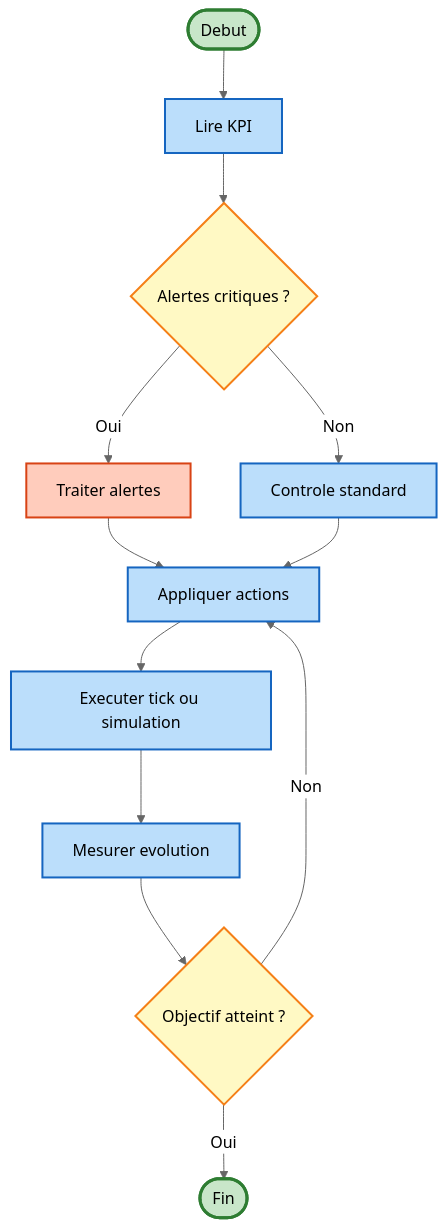
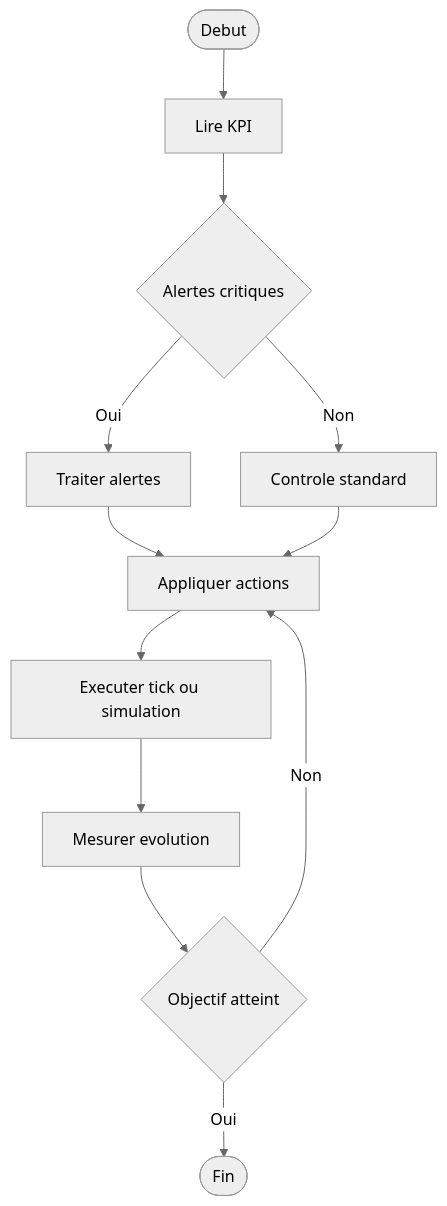
The tenth of 12 diagrams in docs/index.md (fasai444/GreenDesk), drawn with Mermaid (neutral theme) before and after one commit. The commit also changed other lines of this file and 1 other file, not shown here.

Commit message:
docs: update features content and stabilize mermaid rendering

````diff
--- a/docs/index.md
+++ b/docs/index.md
@@ -474,24 +672,14 @@
 ```mermaid
 flowchart TD
-    start([Debut]) --> kpi[Lire KPI]
-    kpi --> alert{Alertes critiques ?}
-    alert -->|Oui| treat[Traiter alertes]
-    alert -->|Non| normal[Controle standard]
-    treat --> action[Appliquer actions]
-    normal --> action
-    action --> tick[Executer tick ou simulation]
-    tick --> measure[Mesurer evolution]
-    measure --> goal{Objectif atteint ?}
-    goal -->|Non| action
-    goal -->|Oui| finish([Fin])
-    
-    classDef startEndStyle fill:#c8e6c9,stroke:#2e7d32,stroke-width:3px
-    classDef processStyle fill:#bbdefb,stroke:#1565c0,stroke-width:2px
-    classDef decisionStyle fill:#fff9c4,stroke:#f57f17,stroke-width:2px
-    classDef alertStyle fill:#ffccbc,stroke:#d84315,stroke-width:2px
-    
-    class start,finish startEndStyle
-    class kpi,normal,action,tick,measure processStyle
-    class alert,goal decisionStyle
-    class treat alertStyle
+    a_start([Debut]) --> a_kpi[Lire KPI]
+    a_kpi --> a_alert{Alertes critiques}
+    a_alert -->|Oui| a_treat[Traiter alertes]
+    a_alert -->|Non| a_normal[Controle standard]
+    a_treat --> a_action[Appliquer actions]
+    a_normal --> a_action
+    a_action --> a_tick[Executer tick ou simulation]
+    a_tick --> a_measure[Mesurer evolution]
+    a_measure --> a_goal{Objectif atteint}
+    a_goal -->|Non| a_action
+    a_goal -->|Oui| a_finish([Fin])
 ```
````
